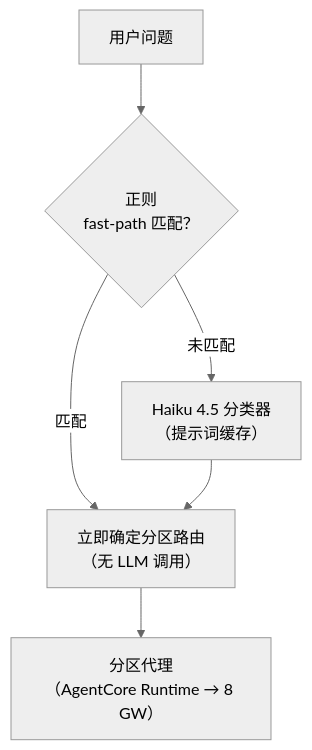
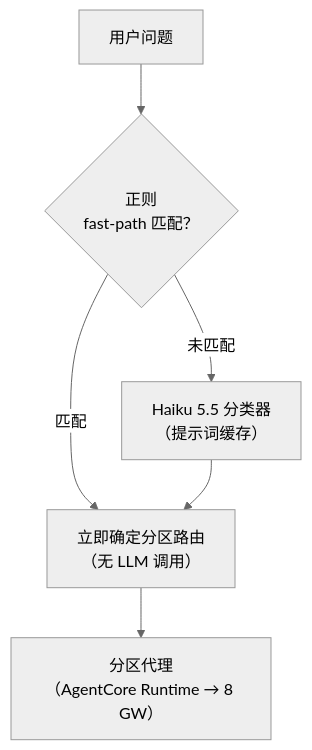
Before and after one commit to aws-samples/sample-awsops: the third of 4 diagrams in docs-site/i18n/zh/docusaurus-plugin-content-docs/current/faq/architecture.md, drawn with Mermaid (neutral theme). The commit also changed other lines of this file and 64 other files, not shown here.

````diff
--- a/docs-site/i18n/zh/docusaurus-plugin-content-docs/current/faq/architecture.md
+++ b/docs-site/i18n/zh/docusaurus-plugin-content-docs/current/faq/architecture.md
@@ -127,8 +127,8 @@
 ```mermaid
 flowchart TD
   Q["用户问题"] --> REGEX{"正则<br/>fast-path 匹配？"}
   REGEX -->|"匹配"| ROUTE["立即确定分区路由<br/>（无 LLM 调用）"]
-  REGEX -->|"未匹配"| HAIKU["Haiku 4.5 分类器<br/>（提示词缓存）"]
+  REGEX -->|"未匹配"| HAIKU["Haiku 5.5 分类器<br/>（提示词缓存）"]
   HAIKU --> ROUTE
   ROUTE --> AGENT["分区代理<br/>（AgentCore Runtime → 8 GW）"]
 ```
````
